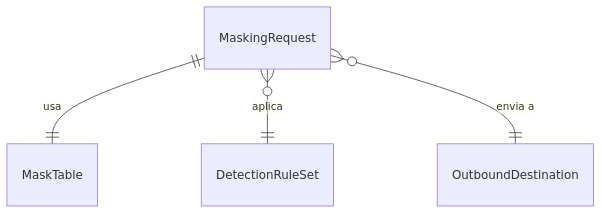
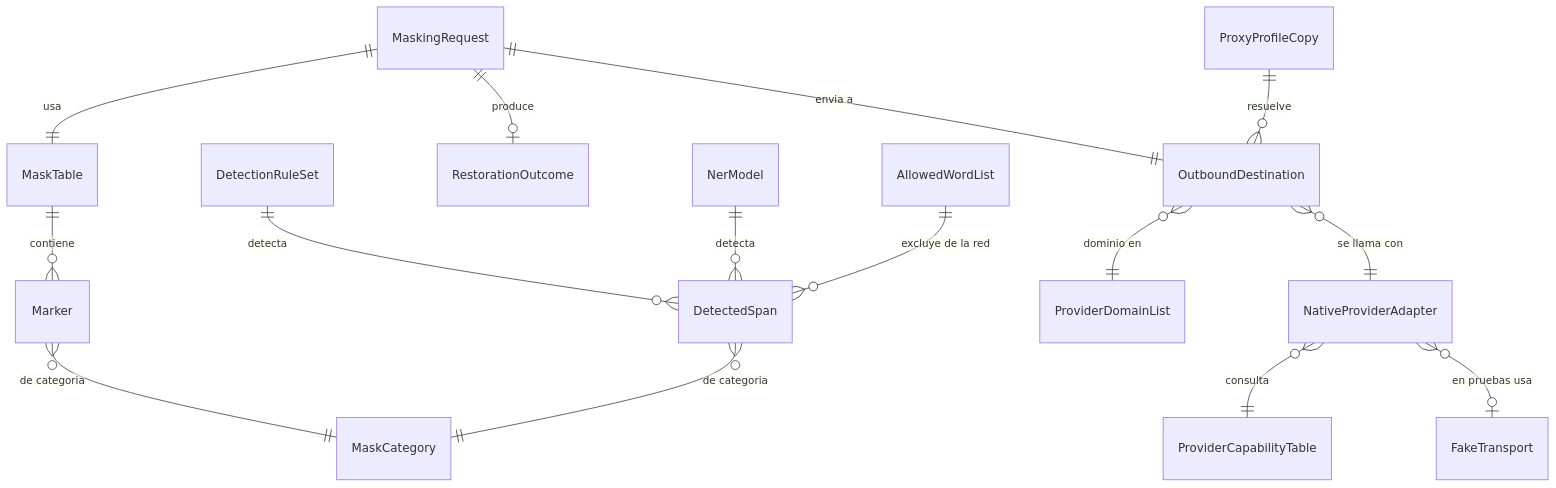
The fourth of 4 diagrams in aidlc/spaces/default/intents/261002-veridicus-mvp/construction/anonymizer/functional-design/functional-spec.md (freyesJaveriana/tai), drawn with Mermaid before and after one commit. The commit also changed other lines of this file and 10 other files, not shown here.

````diff
--- a/aidlc/spaces/default/intents/261002-veridicus-mvp/construction/anonymizer/functional-design/functional-spec.md
+++ b/aidlc/spaces/default/intents/261002-veridicus-mvp/construction/anonymizer/functional-design/functional-spec.md
@@ -86,6 +298,17 @@
 ```mermaid
 erDiagram
   MaskingRequest ||--|| MaskTable : "usa"
-  MaskingRequest }o--|| DetectionRuleSet : "aplica"
-  MaskingRequest }o--|| OutboundDestination : "envia a"
+  MaskingRequest ||--|| OutboundDestination : "envia a"
+  MaskingRequest ||--o| RestorationOutcome : "produce"
+  MaskTable ||--o{ Marker : "contiene"
+  Marker }o--|| MaskCategory : "de categoria"
+  DetectedSpan }o--|| MaskCategory : "de categoria"
+  DetectionRuleSet ||--o{ DetectedSpan : "detecta"
+  NerModel ||--o{ DetectedSpan : "detecta"
+  AllowedWordList ||--o{ DetectedSpan : "excluye de la red"
+  OutboundDestination }o--|| ProviderDomainList : "dominio en"
+  OutboundDestination }o--|| NativeProviderAdapter : "se llama con"
+  NativeProviderAdapter }o--|| ProviderCapabilityTable : "consulta"
+  ProxyProfileCopy ||--o{ OutboundDestination : "resuelve"
+  NativeProviderAdapter }o--o| FakeTransport : "en pruebas usa"
 ```
````
